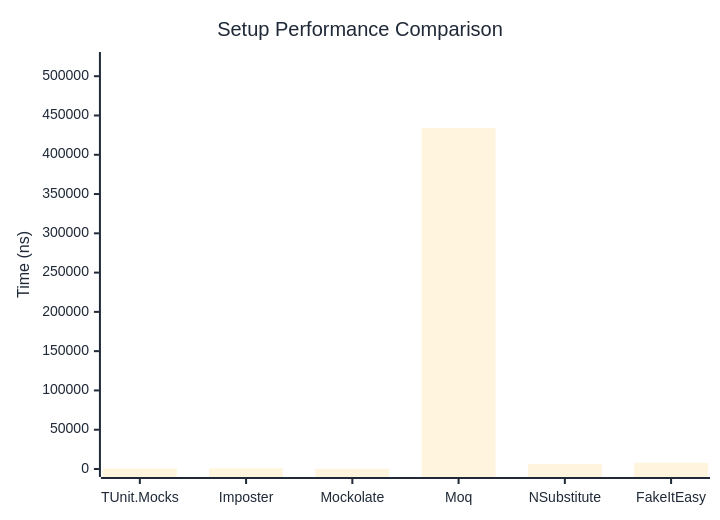
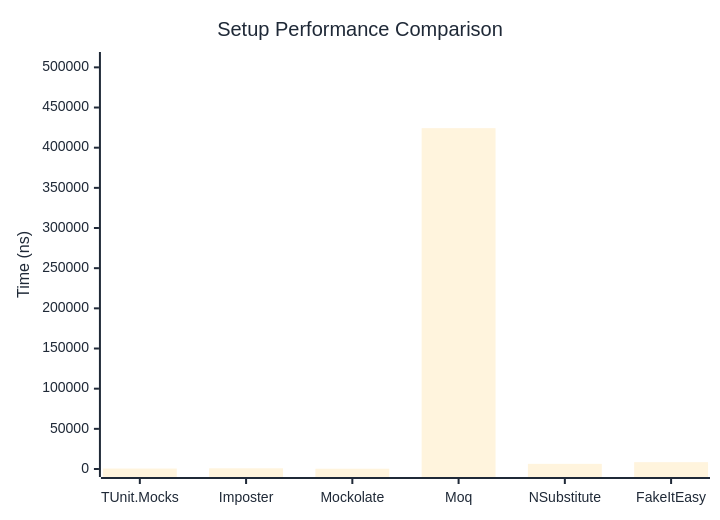
One commit to thomhurst/TUnit changed the first of 2 diagrams in docs/docs/benchmarks/mocks/Setup.md. Above: the diagram before and after it, drawn with Mermaid. The commit also changed other lines of this file and 14 other files, not shown here.

````diff
--- a/docs/docs/benchmarks/mocks/Setup.md
+++ b/docs/docs/benchmarks/mocks/Setup.md
@@ -30,27 +30,27 @@
 ```mermaid
 %%{init: {
   'theme':'base',
   'themeVariables': {
     'primaryColor': '#2563eb',
     'primaryTextColor': '#1f2937',
     'primaryBorderColor': '#1e40af',
     'lineColor': '#6b7280',
     'secondaryColor': '#7c3aed',
     'tertiaryColor': '#dc2626',
     'background': '#ffffff',
     'pie1': '#2563eb',
     'pie2': '#7c3aed',
     'pie3': '#dc2626',
     'pie4': '#f59e0b',
     'pie5': '#10b981',
     'pie6': '#06b6d4',
     'pie7': '#ec4899',
     'pie8': '#6366f1'
   }
 }}%%
 xychart-beta
   title "Setup Performance Comparison"
   x-axis ["TUnit.Mocks", "Imposter", "Mockolate", "Moq", "NSubstitute", "FakeItEasy"]
-  y-axis "Time (ns)" 0 --> 520638
-  bar [539.7, 869.6, 318.9, 433864.2, 6307.8, 7885.3]
+  y-axis "Time (ns)" 0 --> 509163
+  bar [556.1, 876, 331, 424302, 6397.8, 8518]
 ```
````
